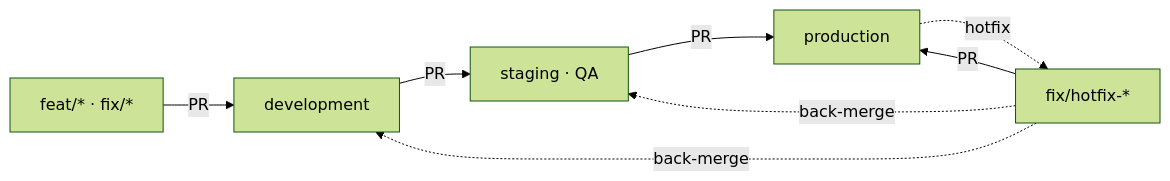
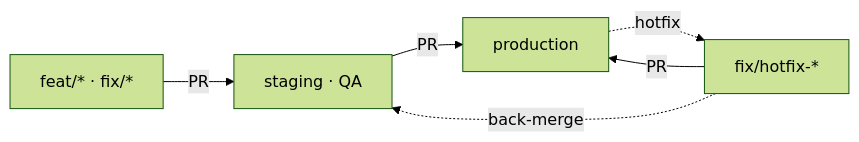
Before and after one commit to cclx-pt/agenda: the diagram in BRANCHING.md, drawn with Mermaid (forest theme). The commit also changed other lines of this file and 6 other files, not shown here.

First line of the commit message:
refactor: two-environment strategy (staging -> production); drop development

````diff
--- a/BRANCHING.md
+++ b/BRANCHING.md
@@ -25,10 +24,8 @@
 ```mermaid
 flowchart LR
-  F[feat/* · fix/*] -->|PR| D[development]
-  D -->|PR| S[staging · QA]
+  F[feat/* · fix/*] -->|PR| S[staging · QA]
   S -->|PR| P[production]
   P -. hotfix .-> H[fix/hotfix-*]
   H -->|PR| P
   H -.->|back-merge| S
-  H -.->|back-merge| D
 ```
````
